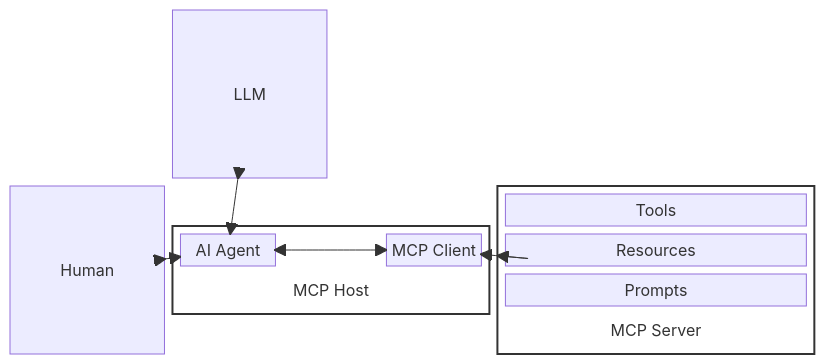
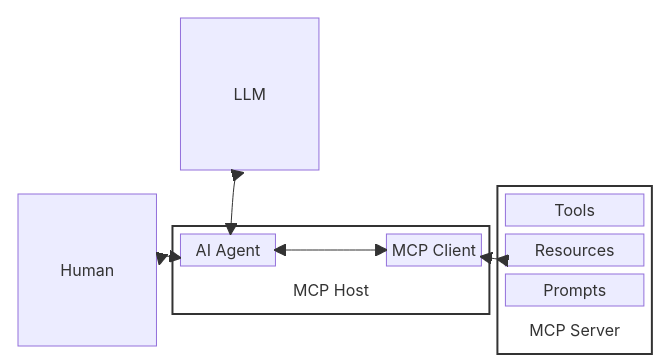
Before and after one commit to WebexCC-SA/LAB-31123: the diagram in docs/mermaid.md, drawn with Mermaid.

````diff
--- a/docs/mermaid.md
+++ b/docs/mermaid.md
@@ -1,30 +1,40 @@
 ```mermaid
 block-beta
-    columns 5
+    columns 4
 
-    space L["LLM"] space space space
+    space
+    block:llmSlot
+        columns 1
+        L["LLM"]
+    end
+    space space
 
-    H["Human"]
+    block:humanSlot
+        columns 1
+        H["Human"]
+    end
     block:host:2
         columns 3
         A["AI Agent"] space C["MCP Client"]
         space HL["MCP Host"] space
     end
-    block:server:2
+    block:server
         columns 1
         T["Tools"]
         R["Resources"]
         P["Prompts"]
         SL["MCP Server"]
     end
 
     H <--> A
     L <--> A
     A <--> C
     C <--> server
 
+    style llmSlot fill:none,stroke:none
+    style humanSlot fill:none,stroke:none
     style host fill:#ffffff,stroke:#333333,stroke-width:2px
     style server fill:#ffffff,stroke:#333333,stroke-width:2px
     style HL fill:none,stroke:none,color:#1496d4
     style SL fill:none,stroke:none,color:#159947
 ```
````
